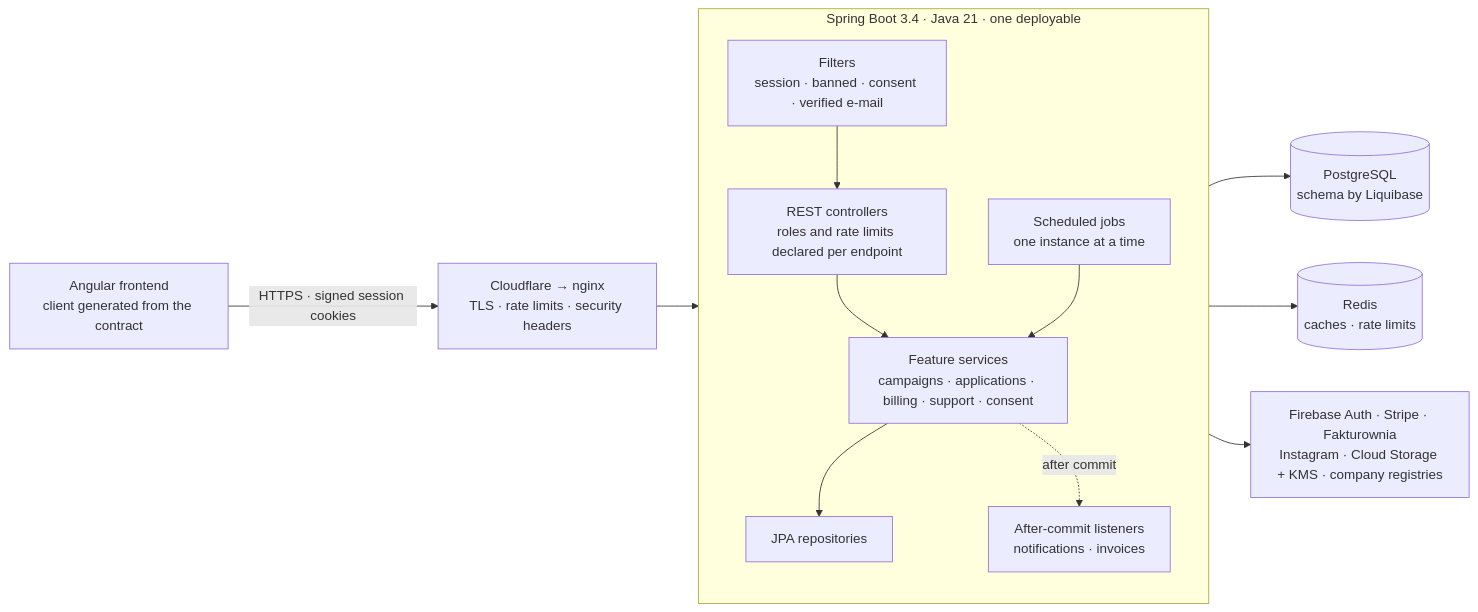
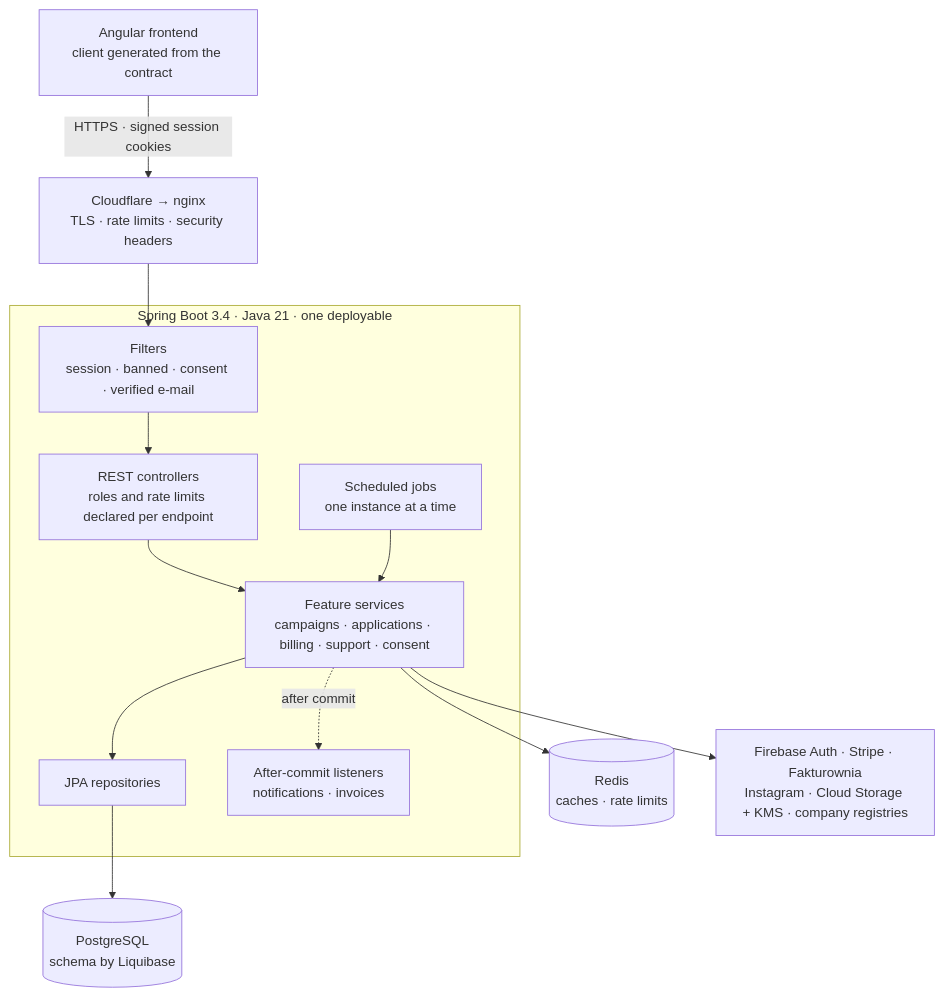
One commit to Check-It-Out-Dev/checkitout-backend changed the diagram in docs/guide/overview.md. Above: the diagram before and after it, drawn with Mermaid. The commit also changed 7 other files, not shown here.

First line of the commit message:
Diagrams are drawn top-down, so their labels are readable at GitHub's column width

````diff
--- a/docs/guide/overview.md
+++ b/docs/guide/overview.md
@@ -7,23 +7,23 @@
 ```mermaid
-flowchart LR
+flowchart TB
     FE["Angular frontend<br/>client generated from the contract"]
     EDGE["Cloudflare → nginx<br/>TLS · rate limits · security headers"]
     FE -->|"HTTPS · signed session cookies"| EDGE --> FIL
 
     subgraph APP["Spring Boot 3.4 · Java 21 · one deployable"]
-        direction TB
         FIL["Filters<br/>session · banned · consent · verified e-mail"]
         CTL["REST controllers<br/>roles and rate limits declared per endpoint"]
+        JOB["Scheduled jobs<br/>one instance at a time"]
         SVC["Feature services<br/>campaigns · applications · billing · support · consent"]
         REP["JPA repositories"]
         LIS["After-commit listeners<br/>notifications · invoices"]
-        JOB["Scheduled jobs<br/>one instance at a time"]
-        FIL --> CTL --> SVC --> REP
+        FIL --> CTL --> SVC
+        JOB --> SVC
+        SVC --> REP
         SVC -.->|"after commit"| LIS
-        JOB --> SVC
     end
 
     REP --> PG[("PostgreSQL<br/>schema by Liquibase")]
     SVC --> RD[("Redis<br/>caches · rate limits")]
     SVC --> EXT["Firebase Auth · Stripe · Fakturownia<br/>Instagram · Cloud Storage + KMS · company registries"]
 ```
````
